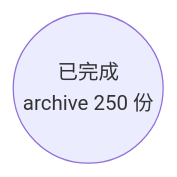
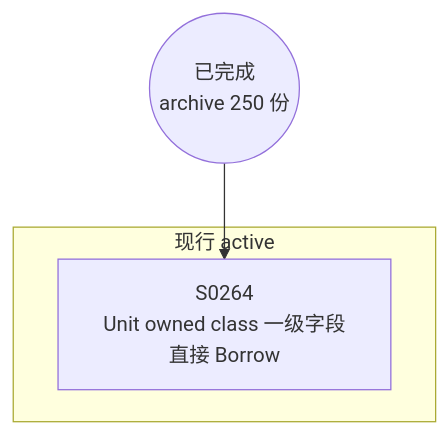
Before and after one commit to Halckon/Koven: the diagram in docs/specs/dependency-graph.md, drawn with Mermaid. The commit also changed other lines of this file and 24 other files, not shown here.

Commit message:
feat(codegen): borrow owned class fields across unit calls (SPEC-0264)

````diff
--- a/docs/specs/dependency-graph.md
+++ b/docs/specs/dependency-graph.md
@@ -9,4 +9,8 @@
 ```mermaid
 flowchart TD
 ARCH(("已完成<br/>archive 250 份"))
+subgraph Gactive["现行 active"]
+  S0264["S0264<br/>Unit owned class 一级字段直接 Borrow"]
+end
+ARCH --> S0264
 ```
````
